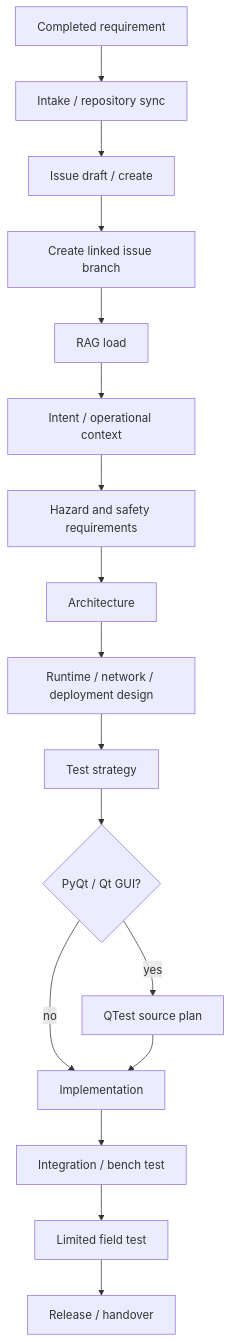
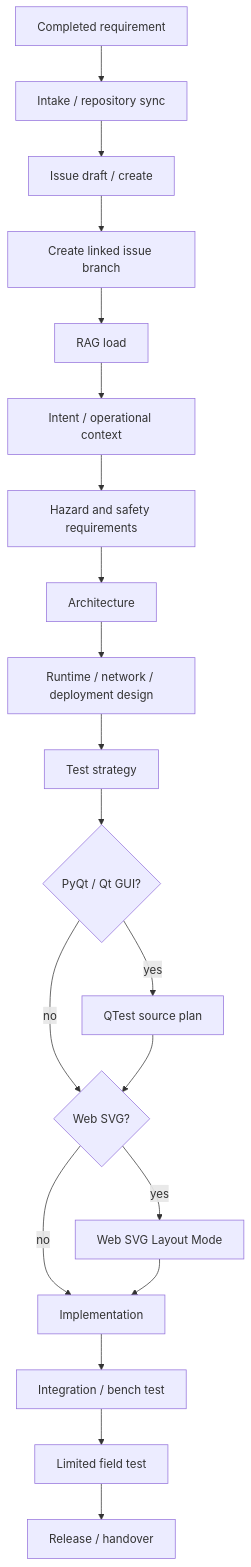
Before and after one commit to inabako/ariadne-ai-workflow-platform: the second of 13 diagrams in docs/diagrams/workflow-flowcharts.md, drawn with Mermaid. The commit also changed other lines of this file and 32 other files, not shown here.

````diff
--- a/docs/diagrams/workflow-flowcharts.md
+++ b/docs/diagrams/workflow-flowcharts.md
@@ -32,19 +32,22 @@
 ```mermaid
 flowchart TD
   A[Completed requirement] --> B[Intake / repository sync]
   B --> C[Issue draft / create]
   C --> D[Create linked issue branch]
   D --> E[RAG load]
   E --> F[Intent / operational context]
   F --> G[Hazard and safety requirements]
   G --> H[Architecture]
   H --> I[Runtime / network / deployment design]
   I --> J[Test strategy]
   J --> K{PyQt / Qt GUI?}
   K -- yes --> L[QTest source plan]
-  K -- no --> M[Implementation]
+  K -- no --> M{Web SVG?}
   L --> M
-  M --> N[Integration / bench test]
-  N --> O[Limited field test]
-  O --> P[Release / handover]
+  M -- yes --> N[Web SVG Layout Mode]
+  M -- no --> O[Implementation]
+  N --> O
+  O --> P[Integration / bench test]
+  P --> Q[Limited field test]
+  Q --> R[Release / handover]
 ```
````
